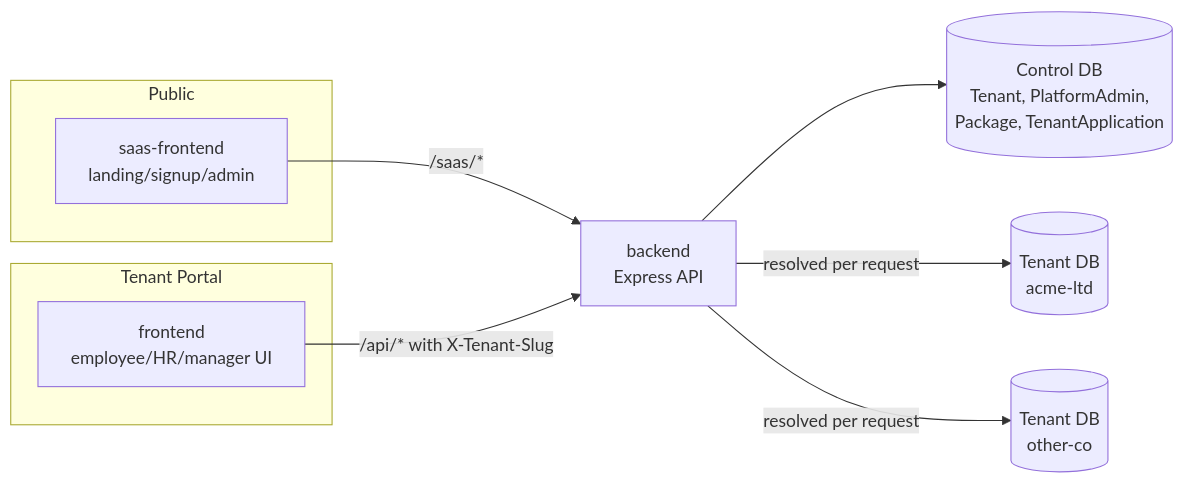
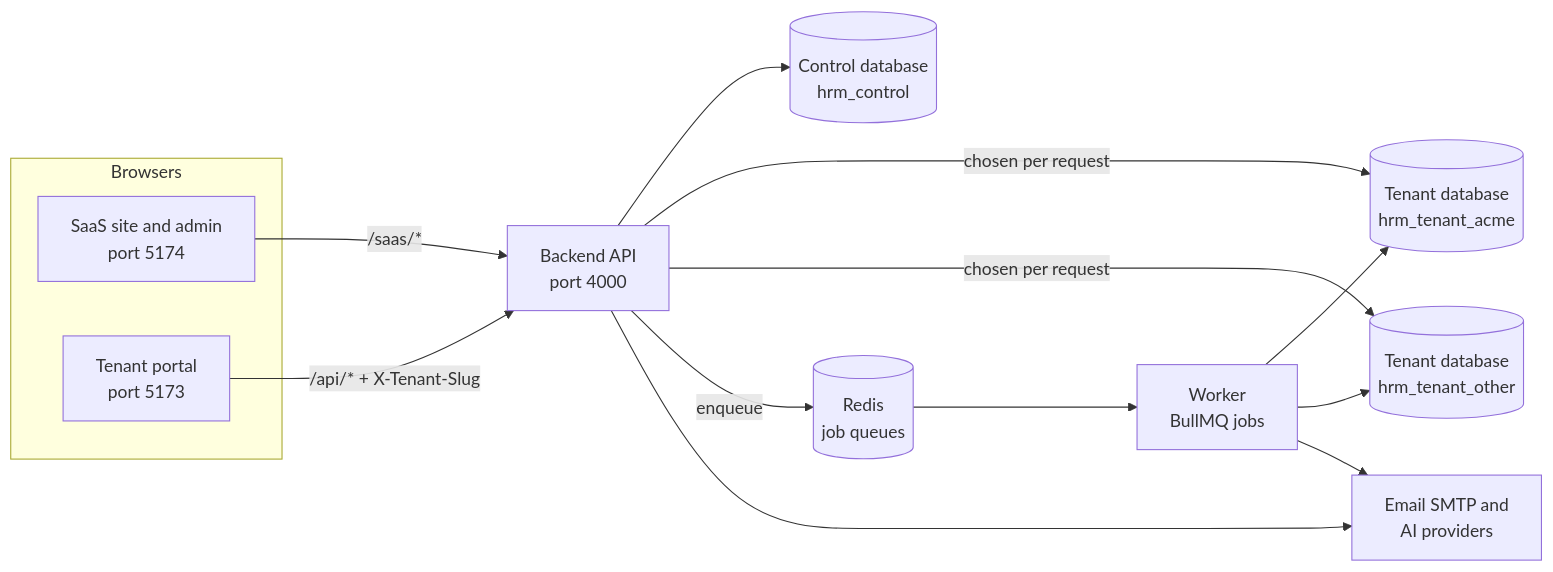
One commit to PrantaRoy/hrm_plus changed the first of 10 diagrams in docs/SYSTEM_WORKFLOW.md. Above: the diagram before and after it, drawn with Mermaid. The commit also changed other lines of this file and 15 other files, not shown here.

````diff
--- a/docs/SYSTEM_WORKFLOW.md
+++ b/docs/SYSTEM_WORKFLOW.md
@@ -21,19 +52,25 @@
 ```mermaid
 flowchart LR
-    subgraph Public
-        SF[saas-frontend<br/>landing/signup/admin]
+    subgraph Browsers
+        SF[SaaS site and admin<br/>port 5174]
+        FE[Tenant portal<br/>port 5173]
     end
-    subgraph Tenant Portal
-        FE[frontend<br/>employee/HR/manager UI]
-    end
-    BE[backend<br/>Express API]
-    CTRL[(Control DB<br/>Tenant, PlatformAdmin,<br/>Package, TenantApplication)]
-    T1[(Tenant DB<br/>acme-ltd)]
-    T2[(Tenant DB<br/>other-co)]
+    BE[Backend API<br/>port 4000]
+    W[Worker<br/>BullMQ jobs]
+    CTRL[(Control database<br/>hrm_control)]
+    T1[(Tenant database<br/>hrm_tenant_acme)]
+    T2[(Tenant database<br/>hrm_tenant_other)]
+    R[(Redis<br/>job queues)]
+    EXT[Email SMTP and<br/>AI providers]
 
     SF -->|/saas/*| BE
-    FE -->|/api/* with X-Tenant-Slug| BE
+    FE -->|/api/* + X-Tenant-Slug| BE
     BE --> CTRL
-    BE -->|resolved per request| T1
-    BE -->|resolved per request| T2
+    BE -->|chosen per request| T1
+    BE -->|chosen per request| T2
+    BE -->|enqueue| R
+    R --> W
+    W --> T1 & T2
+    BE --> EXT
+    W --> EXT
 ```
````
